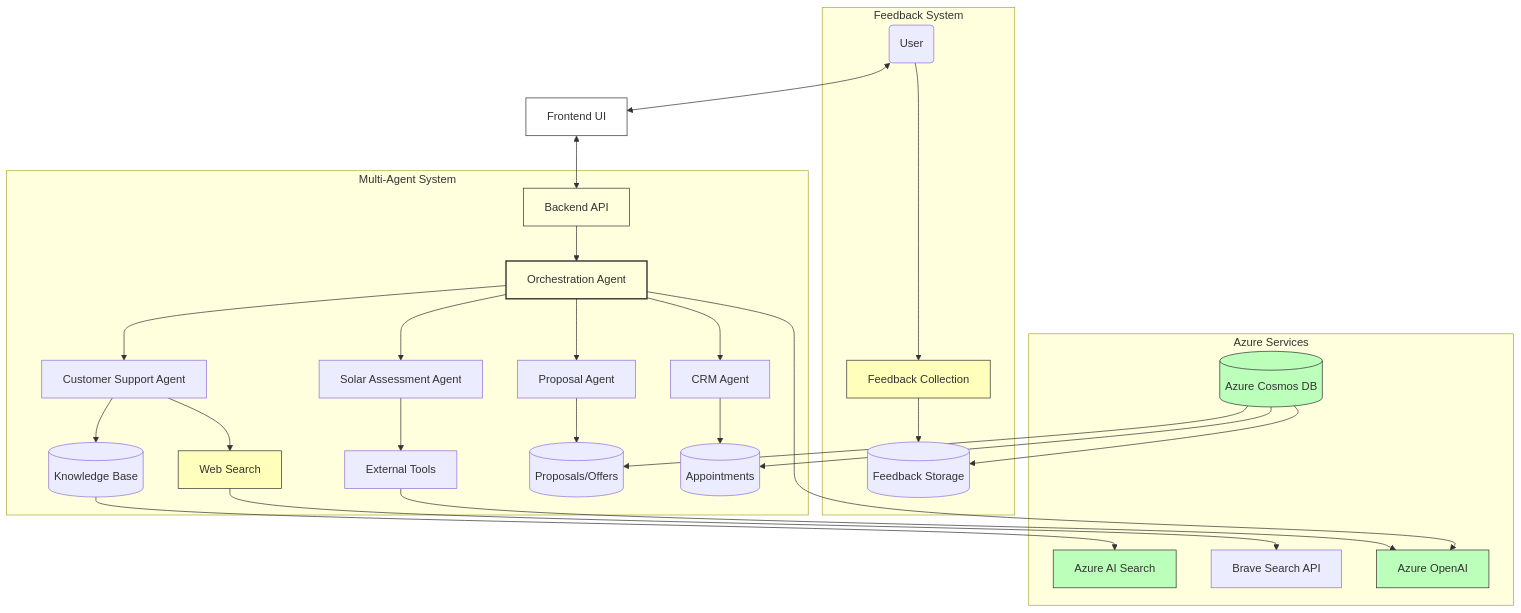
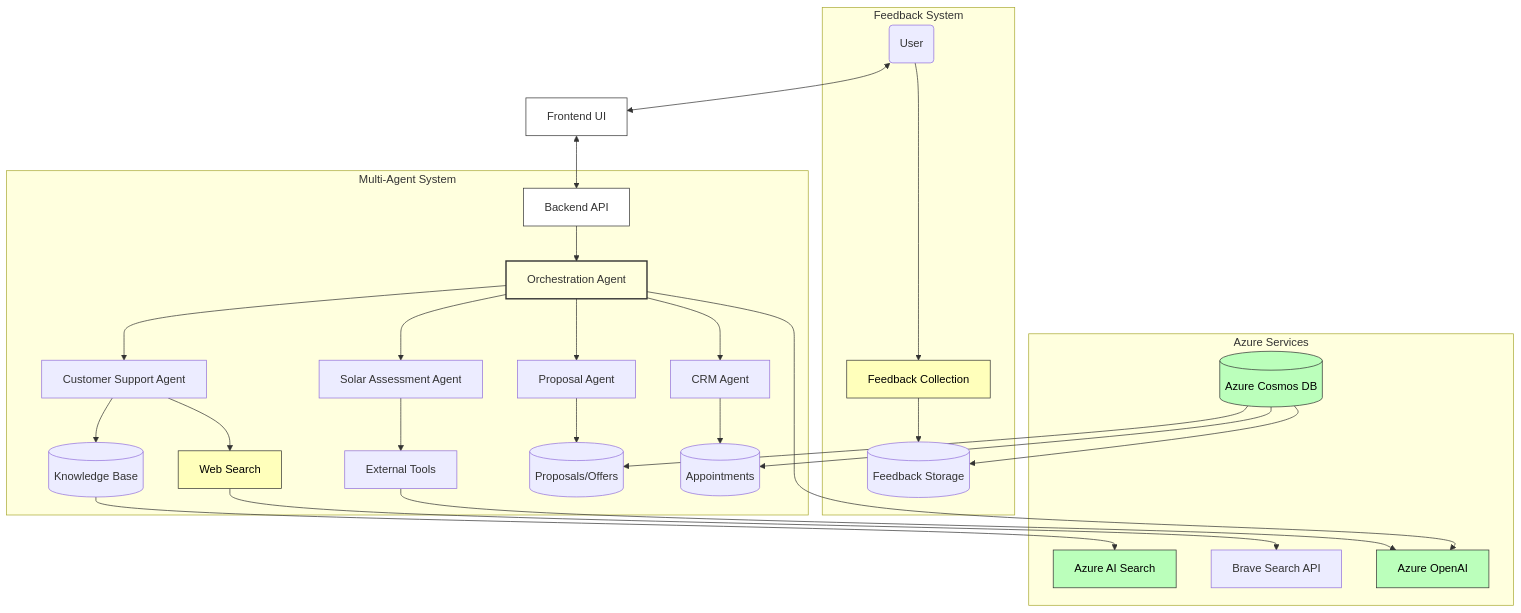
The diagram in README.md (JoshuaLevi/DemoSolar), drawn with Mermaid before and after one commit.

````diff
--- a/README.md
+++ b/README.md
@@ -16,60 +16,66 @@
 ```mermaid
 flowchart TD
  subgraph subGraph0["Multi-Agent System"]
         Orchestrator["Orchestration Agent"]
         API["Backend API"]
         CS["Customer Support Agent"]
         SA["Solar Assessment Agent"]
         PA["Proposal Agent"]
         CRM["CRM Agent"]
         KB[("Knowledge Base")]
         WebSearch["Web Search"]
         Tools["External Tools"]
         Offers[("Proposals/Offers")]
         Appointments[("Appointments")]
   end
  subgraph subGraph1["Feedback System"]
         FC["Feedback Collection"]
         User("User")
         FeedbackDB[("Feedback Storage")]
   end
  subgraph subGraph2["Azure Services"]
         AzSearch["Azure AI Search"]
         BraveAPI["Brave Search API"]
         AzOpenAI["Azure OpenAI"]
         CosmosDB[("Azure Cosmos DB")]
   end
     User <--> Frontend["Frontend UI"]
     Frontend <--> API
     API --> Orchestrator
     Orchestrator --> CS & SA & PA & CRM & AzOpenAI
     CS --> KB & WebSearch
     SA --> Tools
     PA --> Offers
     CRM --> Appointments
     User --> FC
     FC --> FeedbackDB
     KB --> AzSearch
     WebSearch --> BraveAPI
     Tools --> AzOpenAI
     CosmosDB --> Appointments & Offers & FeedbackDB
 
      Orchestrator:::primary
      API:::secondary
      WebSearch:::utility
      FC:::utility
      AzSearch:::azure
      AzOpenAI:::azure
      CosmosDB:::azure
      Frontend:::secondary
     classDef primary fill:#f9f,stroke:#333,stroke-width:2px
     classDef secondary fill:#bbf,stroke:#333,stroke-width:1px
     classDef azure fill:#bfb,stroke:#333,stroke-width:1px
     classDef utility fill:#ffb,stroke:#333,stroke-width:1px
     style Orchestrator fill:transparent
-    style API fill:transparent
-    style Frontend fill:transparent
+    style API fill:#FFFFFF
+    style WebSearch color:#000000
+    style FC color:#000000
+    style AzSearch color:#000000
+    style AzOpenAI color:#000000
+    style CosmosDB color:#000000
+    style Frontend fill:#FFFFFF
+
 
 
 
 ```
````
